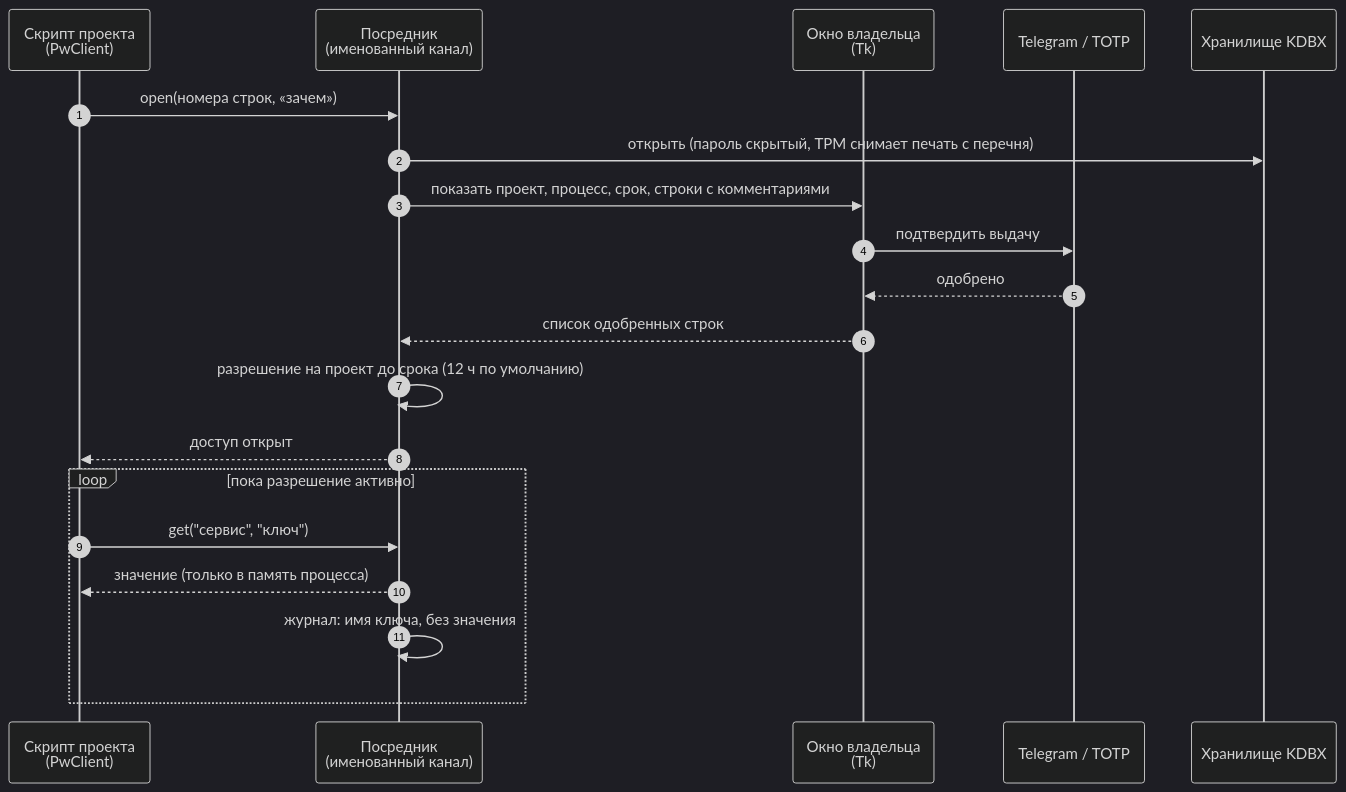
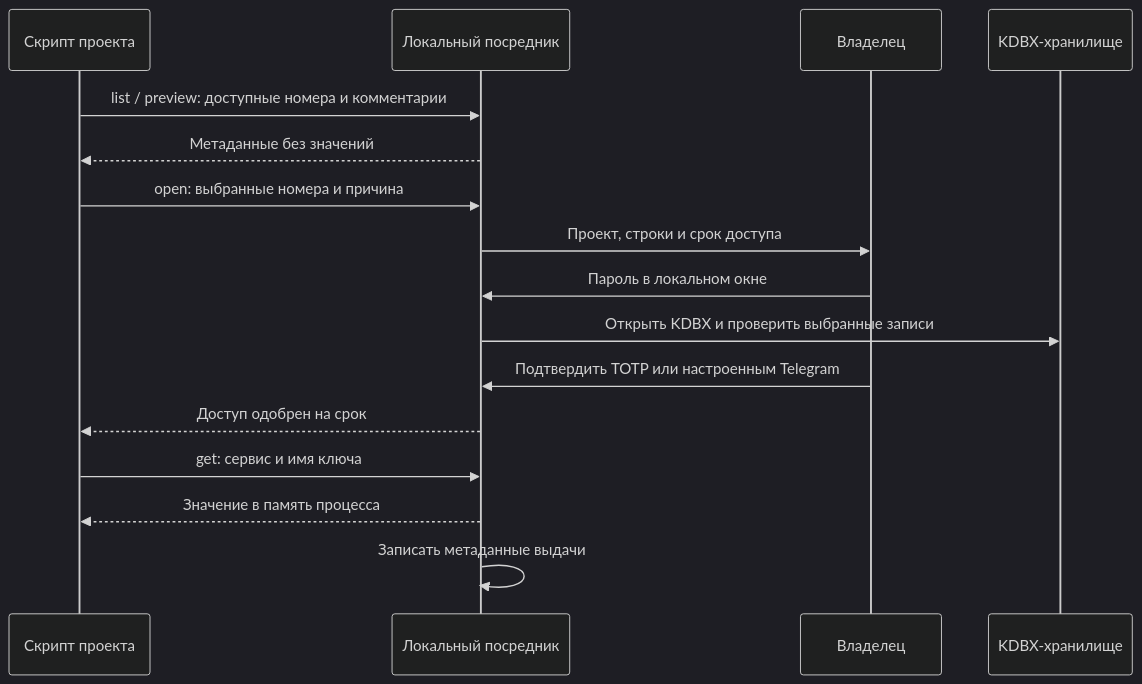
One commit to xitromu/pw-storage-public changed the diagram in README.md. Above: the diagram before and after it, drawn with Mermaid (dark theme). The commit also changed other lines of this file and 11 other files, not shown here.

````diff
--- a/README.md
+++ b/README.md
@@ -27,23 +182,18 @@
 ```mermaid
 sequenceDiagram
-    autonumber
-    participant S as Скрипт проекта<br/>(PwClient)
-    participant B as Посредник<br/>(именованный канал)
-    participant O as Окно владельца<br/>(Tk)
-    participant T as Telegram / TOTP
-    participant V as Хранилище KDBX
-
-    S->>B: open(номера строк, «зачем»)
-    B->>V: открыть (пароль скрытый, TPM снимает печать с перечня)
-    B->>O: показать проект, процесс, срок, строки с комментариями
-    O->>T: подтвердить выдачу
-    T-->>O: одобрено
-    O-->>B: список одобренных строк
-    B->>B: разрешение на проект до срока (12 ч по умолчанию)
-    B-->>S: доступ открыт
-    loop пока разрешение активно
-        S->>B: get("сервис", "ключ")
-        B-->>S: значение (только в память процесса)
-        B->>B: журнал: имя ключа, без значения
-    end
+    participant S as Скрипт проекта
+    participant B as Локальный посредник
+    participant O as Владелец
+    participant V as KDBX-хранилище
+    S->>B: list / preview: доступные номера и комментарии
+    B-->>S: Метаданные без значений
+    S->>B: open: выбранные номера и причина
+    B->>O: Проект, строки и срок доступа
+    O->>B: Пароль в локальном окне
+    B->>V: Открыть KDBX и проверить выбранные записи
+    O->>B: Подтвердить TOTP или настроенным Telegram
+    B-->>S: Доступ одобрен на срок
+    S->>B: get: сервис и имя ключа
+    B-->>S: Значение в память процесса
+    B->>B: Записать метаданные выдачи
 ```
````
